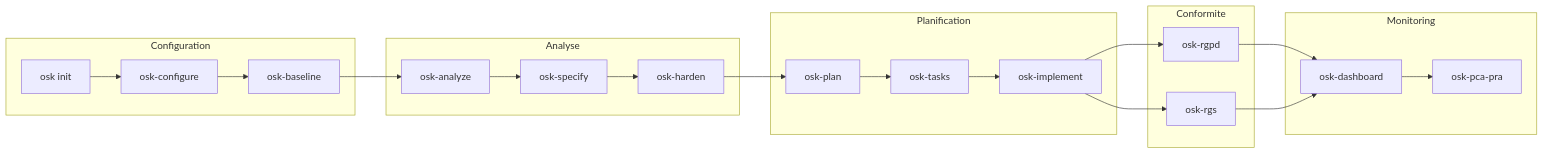
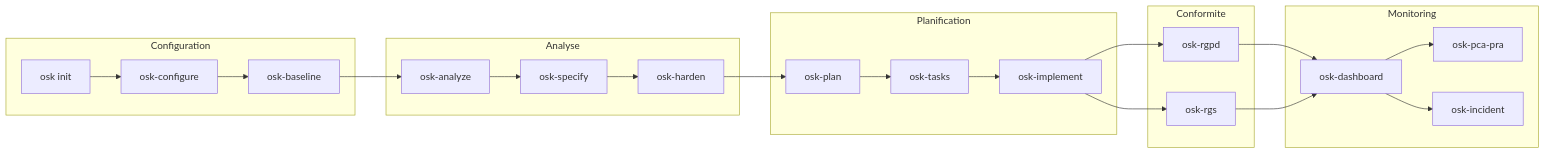
Before and after one commit to Scttpr/OpenSecKit: the diagram in docs/commands/index.md, drawn with Mermaid. The commit also changed other lines of this file and 3 other files, not shown here.

Commit message:
feat(incident): add osk-incident command and sync all versions to 3.0.1

````diff
--- a/docs/commands/index.md
+++ b/docs/commands/index.md
@@ -7,30 +7,31 @@
 ```mermaid
 graph LR
     subgraph Configuration
         A[osk init] --> B[osk-configure]
         B --> C[osk-baseline]
     end
 
     subgraph Analyse
         C --> D[osk-analyze]
         D --> E[osk-specify]
         E --> F[osk-harden]
     end
 
     subgraph Planification
         F --> G[osk-plan]
         G --> H[osk-tasks]
         H --> I[osk-implement]
     end
 
     subgraph Conformite
         I --> J[osk-rgpd]
         I --> K[osk-rgs]
     end
 
     subgraph Monitoring
         J --> L[osk-dashboard]
         K --> L
         L --> M[osk-pca-pra]
+        L --> N[osk-incident]
     end
 ```
````
